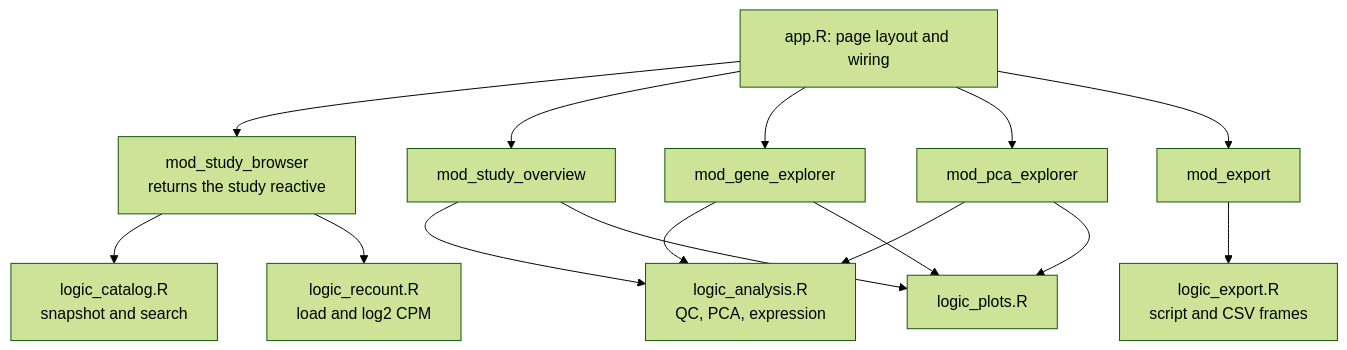
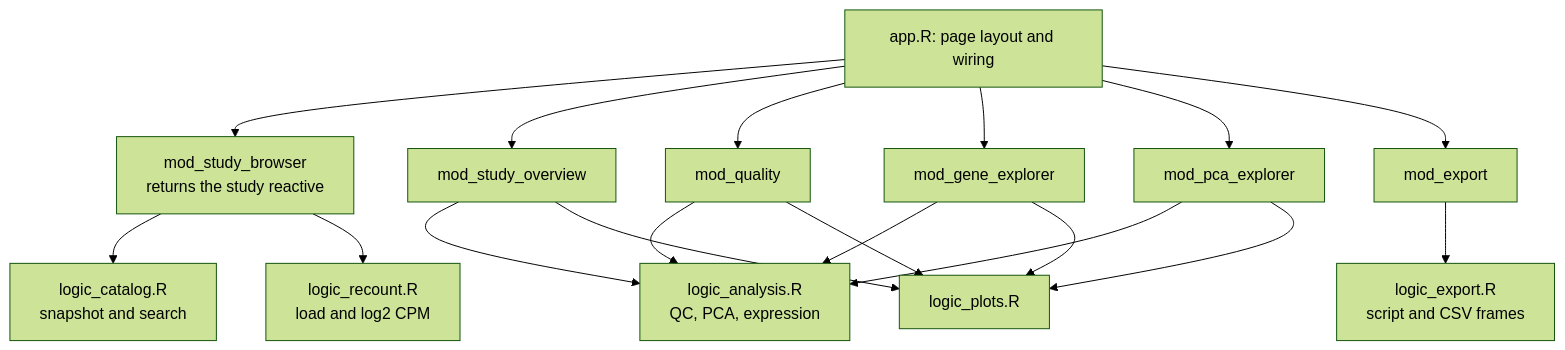
Before and after one commit to samuelbharti/recount-explorer: the fourth of 4 diagrams in docs/design.md, drawn with Mermaid (forest theme). The commit also changed other lines of this file and 2 other files, not shown here.

Commit message:
docs: catch design.md and citation metadata up to what shipped
design.md never got the Quality view added to its views list or its
architecture diagram, and still listed a deployment target as future
work. CITATION.cff's version was a release behind.

````diff
--- a/docs/design.md
+++ b/docs/design.md
@@ -150,18 +154,21 @@
 ```mermaid
 flowchart TD
     app["app.R: page layout and wiring"]
     app --> browser["mod_study_browser<br/>returns the study reactive"]
     app --> overview["mod_study_overview"]
+    app --> quality["mod_quality"]
     app --> gene["mod_gene_explorer"]
     app --> pca["mod_pca_explorer"]
     app --> export["mod_export"]
     browser --> logic0["logic_catalog.R<br/>snapshot and search"]
     browser --> logic1["logic_recount.R<br/>load and log2 CPM"]
     overview --> logic2["logic_analysis.R<br/>QC, PCA, expression"]
+    quality --> logic2
     gene --> logic2
     pca --> logic2
     export --> logic3["logic_export.R<br/>script and CSV frames"]
-    gene --> logic4["logic_plots.R"]
+    quality --> logic4["logic_plots.R"]
+    gene --> logic4
     pca --> logic4
     overview --> logic4
 ```
````
